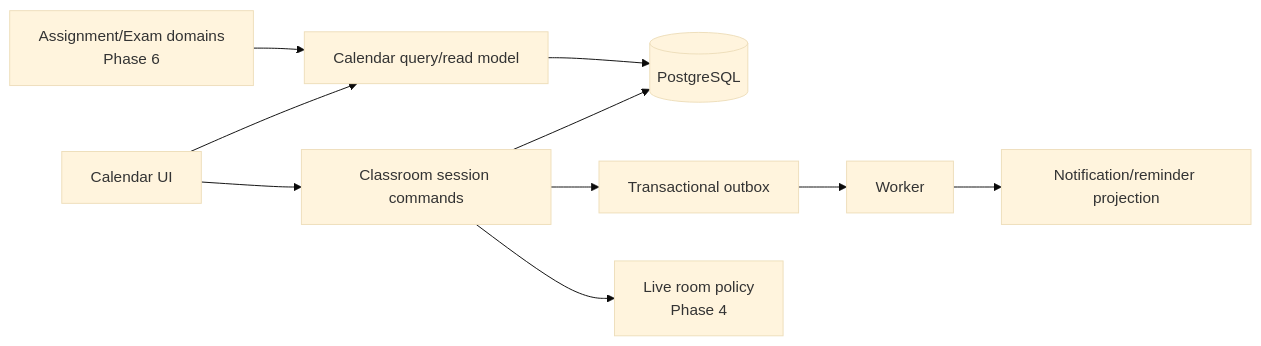
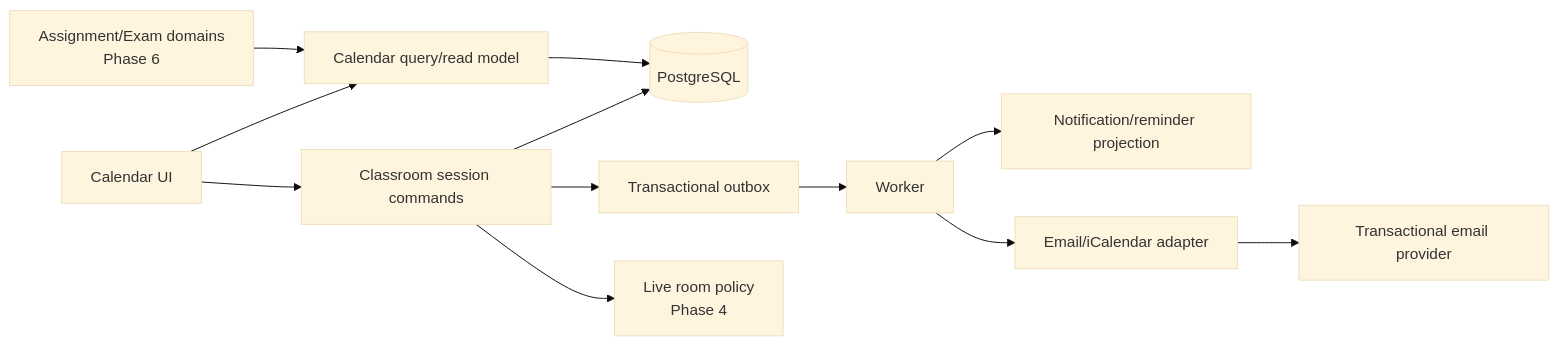
The first of 2 diagrams in docs/CALENDAR_PRODUCT_TECHNICAL_DESIGN.md (basangnguyen/TUTORHUB_WEB), drawn with Mermaid (base theme) before and after one commit. The commit also changed other lines of this file and 7 other files, not shown here.

Commit message:
docs: rebaseline professional Calendar and email

````diff
--- a/docs/CALENDAR_PRODUCT_TECHNICAL_DESIGN.md
+++ b/docs/CALENDAR_PRODUCT_TECHNICAL_DESIGN.md
@@ -658,12 +831,14 @@
 ```mermaid
 flowchart LR
     UI["Calendar UI"] --> CQ["Calendar query/read model"]
     UI --> CS["Classroom session commands"]
     CS --> DB[(PostgreSQL)]
     CQ --> DB
     CS --> OB["Transactional outbox"]
     OB --> WK["Worker"]
     WK --> NF["Notification/reminder projection"]
+    WK --> ML["Email/iCalendar adapter"]
+    ML --> EP["Transactional email provider"]
     CS --> LK["Live room policy<br/>Phase 4"]
     AS["Assignment/Exam domains<br/>Phase 6"] --> CQ
 ```
````
